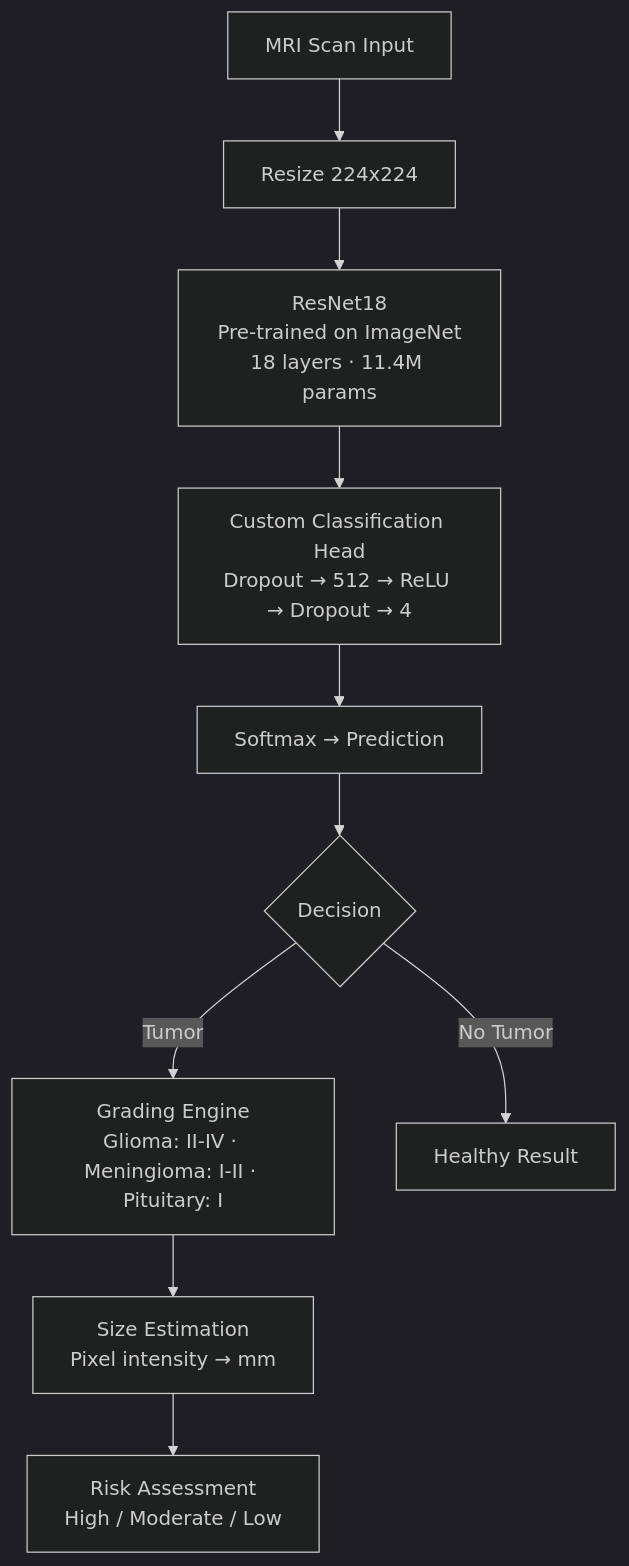
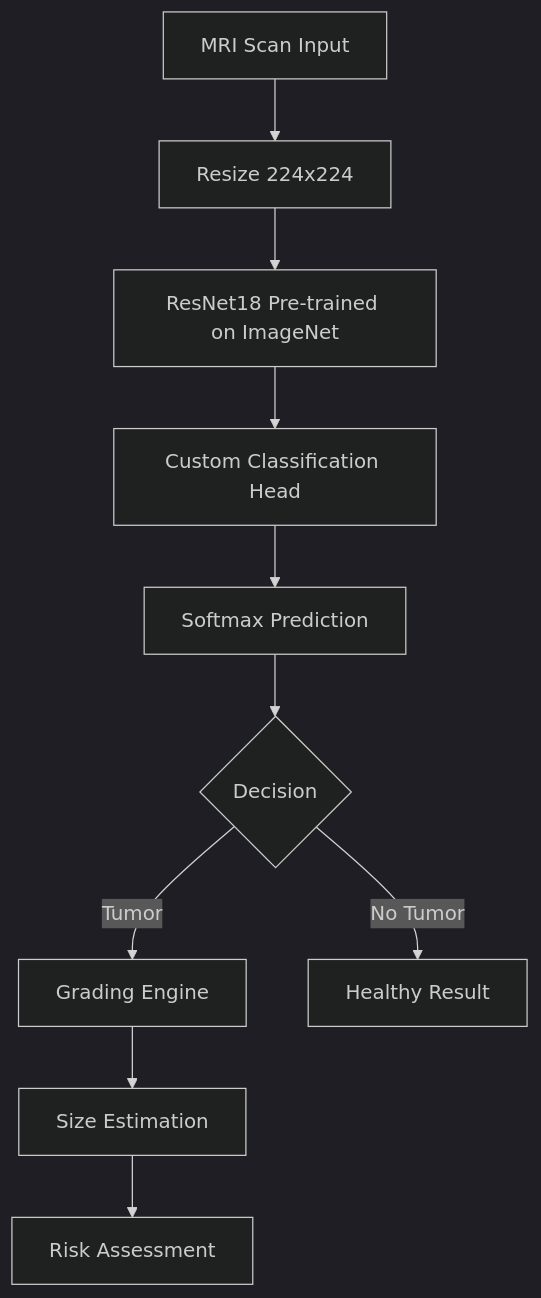
One commit to basitali08/brain-tumor-detection changed the diagram in README.md. Above: the diagram before and after it, drawn with Mermaid (dark theme). The commit also changed other lines of this file, not shown here.

````diff
--- a/README.md
+++ b/README.md
@@ -27,12 +36,12 @@
 ```mermaid
 graph TD
     A[MRI Scan Input] --> B[Resize 224x224]
-    B --> C[ResNet18<br/>Pre-trained on ImageNet<br/>18 layers · 11.4M params]
-    C --> D[Custom Classification Head<br/>Dropout → 512 → ReLU → Dropout → 4]
-    D --> E[Softmax → Prediction]
+    B --> C[ResNet18 Pre-trained on ImageNet]
+    C --> D[Custom Classification Head]
+    D --> E[Softmax Prediction]
     E --> F{Decision}
-    F -->|Tumor| G[Grading Engine<br/>Glioma: II-IV · Meningioma: I-II · Pituitary: I]
+    F -->|Tumor| G[Grading Engine]
     F -->|No Tumor| H[Healthy Result]
-    G --> I[Size Estimation<br/>Pixel intensity → mm]
-    I --> J[Risk Assessment<br/>High / Moderate / Low]
+    G --> I[Size Estimation]
+    I --> J[Risk Assessment]
 ```
````
